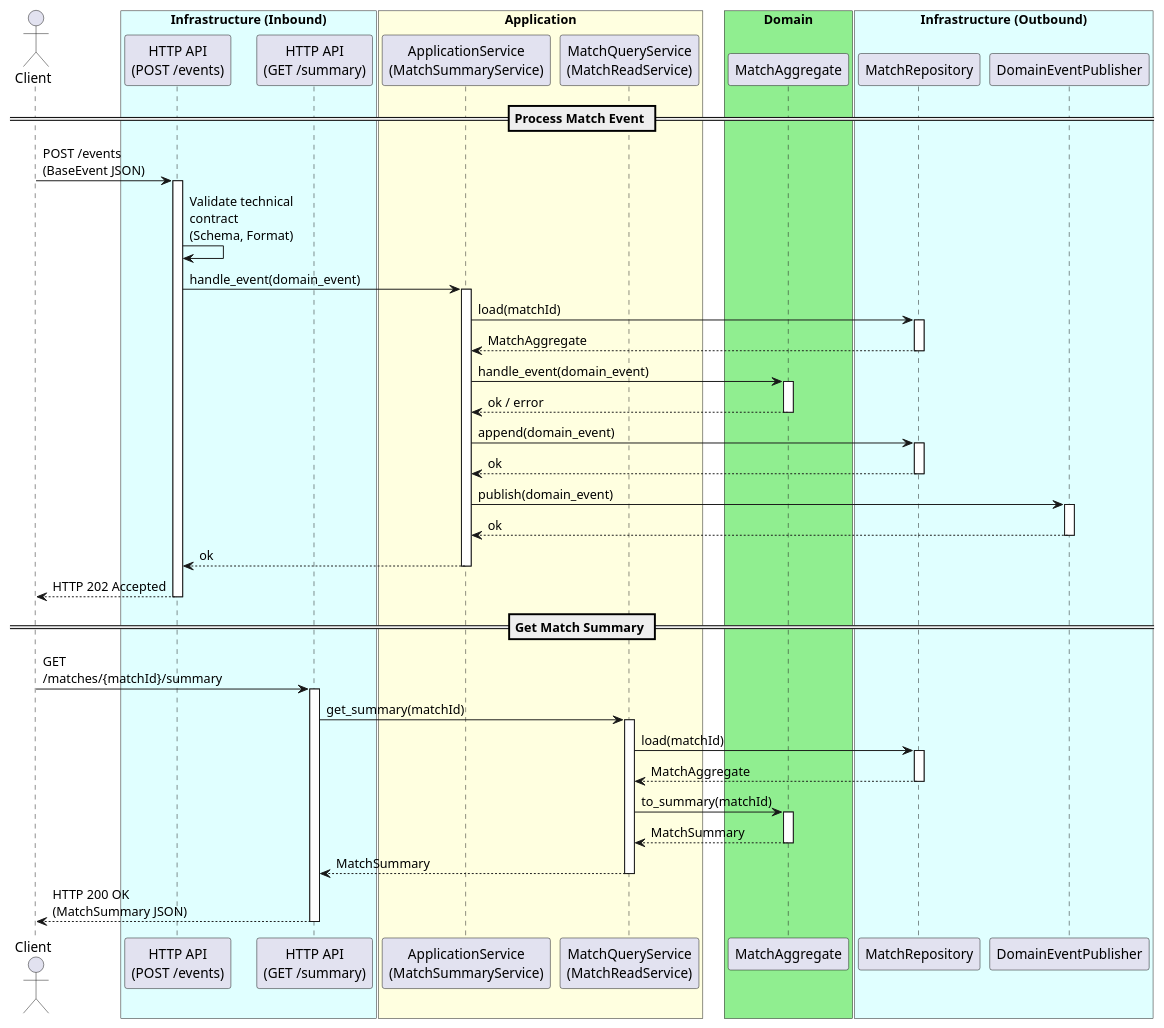
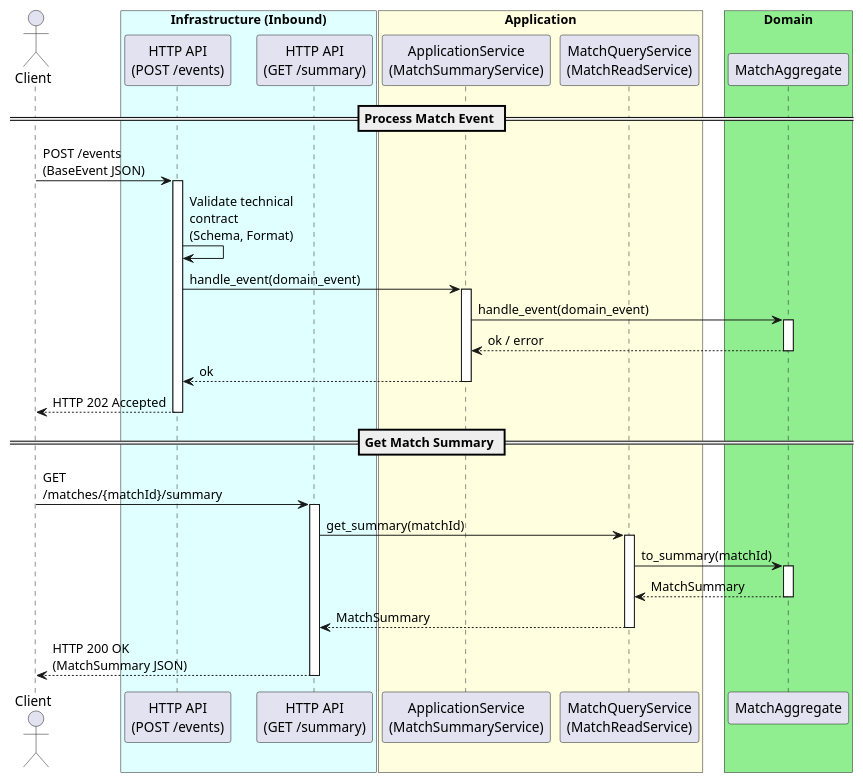
One commit to EFREI-BDX/tp-five-5 changed the diagram in repo-root/groups/group-04-summarize-match/sequence-diagram.puml. Above: the diagram before and after it, drawn with PlantUML.

Commit message:
Simplify sequence diagram by removing Repo and Publisher
Removed infrastructure components from the sequence diagram.

```diff
--- a/repo-root/groups/group-04-summarize-match/sequence-diagram.puml
+++ b/repo-root/groups/group-04-summarize-match/sequence-diagram.puml
@@ -1,85 +1,60 @@
 @startuml
 skinparam maxMessageSize 150
 
 actor Client
 
 box "Infrastructure (Inbound)" #LightCyan
 participant "HTTP API\n(POST /events)" as API
 participant "HTTP API\n(GET /summary)" as API_GET
 end box
 
 box "Application" #LightYellow
 participant "ApplicationService\n(MatchSummaryService)" as AppSvc
 participant "MatchQueryService\n(MatchReadService)" as QuerySvc
 end box
 
 box "Domain" #LightGreen
 participant "MatchAggregate" as Domain
 end box
 
-box "Infrastructure (Outbound)" #LightCyan
-participant "MatchRepository" as Repo
-participant "DomainEventPublisher" as Publisher
-end box
-
 == Process Match Event ==
 
 Client -> API : POST /events (BaseEvent JSON)
 activate API
 
 API -> API : Validate technical contract\n(Schema, Format)
 
 API -> AppSvc : handle_event(domain_event)
 activate AppSvc
 
-AppSvc -> Repo : load(matchId)
-activate Repo
-Repo --> AppSvc : MatchAggregate
-deactivate Repo
-
 AppSvc -> Domain : handle_event(domain_event)
 activate Domain
 Domain --> AppSvc : ok / error
 deactivate Domain
-
-AppSvc -> Repo : append(domain_event)
-activate Repo
-Repo --> AppSvc : ok
-deactivate Repo
-
-AppSvc -> Publisher : publish(domain_event)
-activate Publisher
-Publisher --> AppSvc : ok
-deactivate Publisher
 
 AppSvc --> API : ok
 deactivate AppSvc
 
 API --> Client : HTTP 202 Accepted
 deactivate API
 
 == Get Match Summary ==
 
 Client -> API_GET : GET /matches/{matchId}/summary
 activate API_GET
 
 API_GET -> QuerySvc : get_summary(matchId)
 activate QuerySvc
 
-QuerySvc -> Repo : load(matchId)
-activate Repo
-Repo --> QuerySvc : MatchAggregate
-deactivate Repo
-
 QuerySvc -> Domain : to_summary(matchId)
 activate Domain
 Domain --> QuerySvc : MatchSummary
 deactivate Domain
 
 QuerySvc --> API_GET : MatchSummary
 deactivate QuerySvc
 
 API_GET --> Client : HTTP 200 OK (MatchSummary JSON)
 deactivate API_GET
 
 @enduml
```
